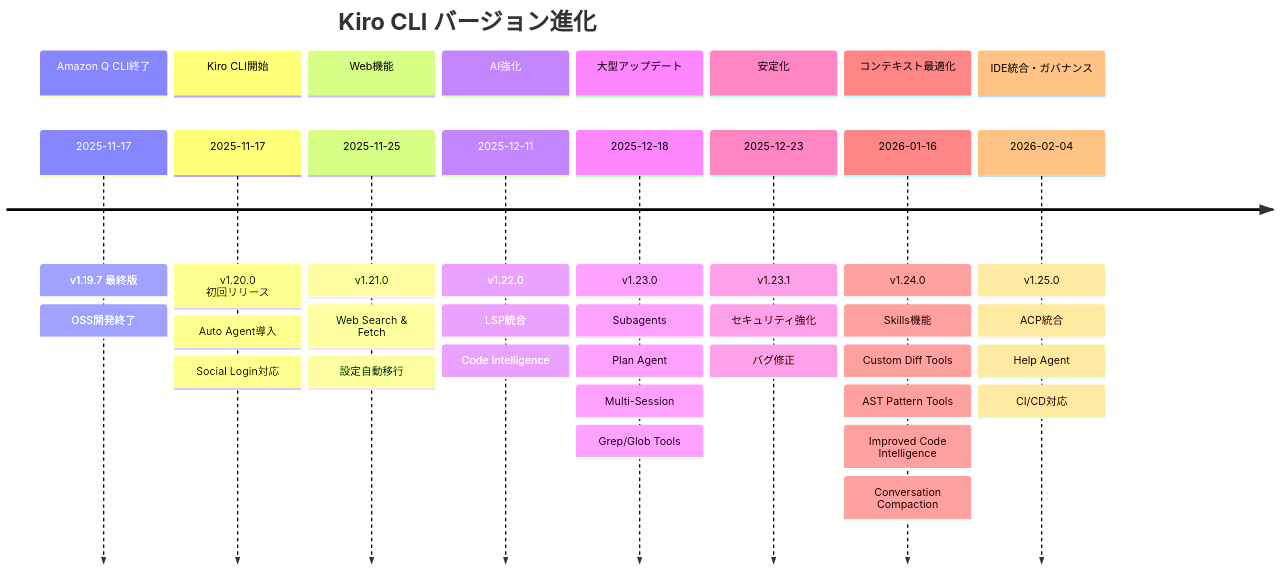
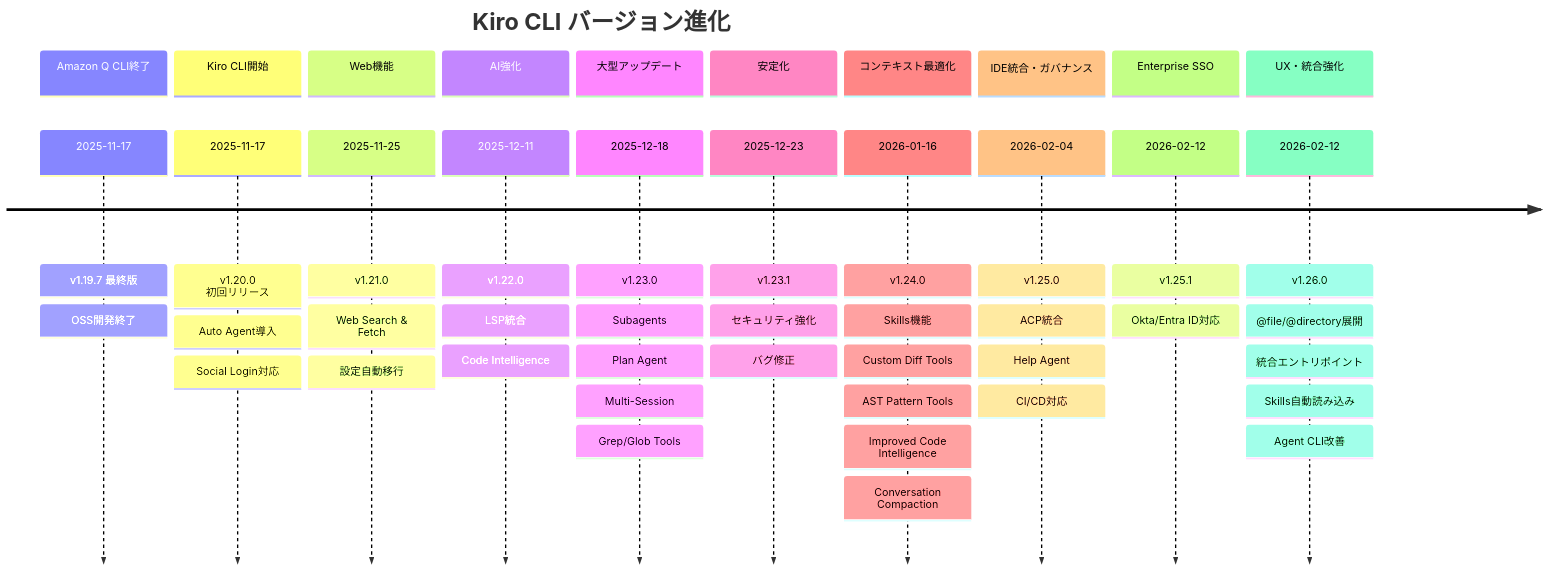
One commit to kamogashira-sys/q-cli-docs changed the diagram in kiro-docs/02_update/README.md. Above: the diagram before and after it, drawn with Mermaid. The commit also changed other lines of this file and 7 other files, not shown here.

````diff
--- a/kiro-docs/02_update/README.md
+++ b/kiro-docs/02_update/README.md
@@ -39,49 +41,60 @@
 ```mermaid
 timeline
     title Kiro CLI バージョン進化
     
     section Amazon Q CLI終了
         2025-11-17 : v1.19.7 最終版
                    : OSS開発終了
     
     section Kiro CLI開始
         2025-11-17 : v1.20.0 初回リリース
                    : Auto Agent導入
                    : Social Login対応
     
     section Web機能
         2025-11-25 : v1.21.0
                    : Web Search & Fetch
                    : 設定自動移行
     
     section AI強化
         2025-12-11 : v1.22.0
                    : LSP統合
                    : Code Intelligence
     
     section 大型アップデート
         2025-12-18 : v1.23.0
                    : Subagents
                    : Plan Agent
                    : Multi-Session
                    : Grep/Glob Tools
     
     section 安定化
         2025-12-23 : v1.23.1
                    : セキュリティ強化
                    : バグ修正
     
     section コンテキスト最適化
         2026-01-16 : v1.24.0
                    : Skills機能
                    : Custom Diff Tools
                    : AST Pattern Tools
                    : Improved Code Intelligence
                    : Conversation Compaction
     
     section IDE統合・ガバナンス
         2026-02-04 : v1.25.0
                    : ACP統合
                    : Help Agent
                    : CI/CD対応
+    
+    section Enterprise SSO
+        2026-02-12 : v1.25.1
+                   : Okta/Entra ID対応
+    
+    section UX・統合強化
+        2026-02-12 : v1.26.0
+                   : @file/@directory展開
+                   : 統合エントリポイント
+                   : Skills自動読み込み
+                   : Agent CLI改善
 ```
````
